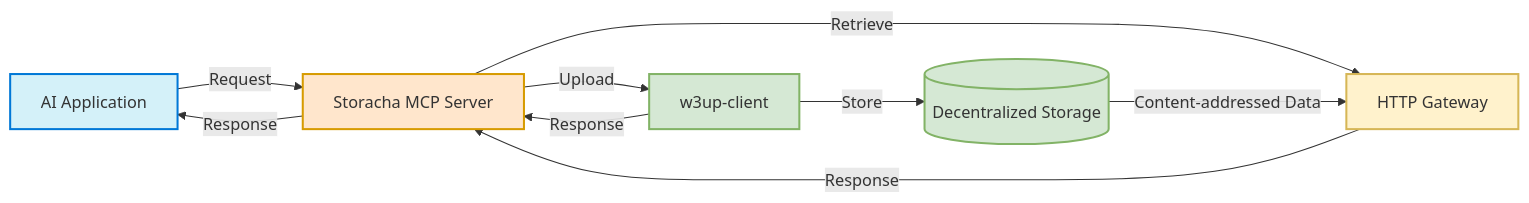
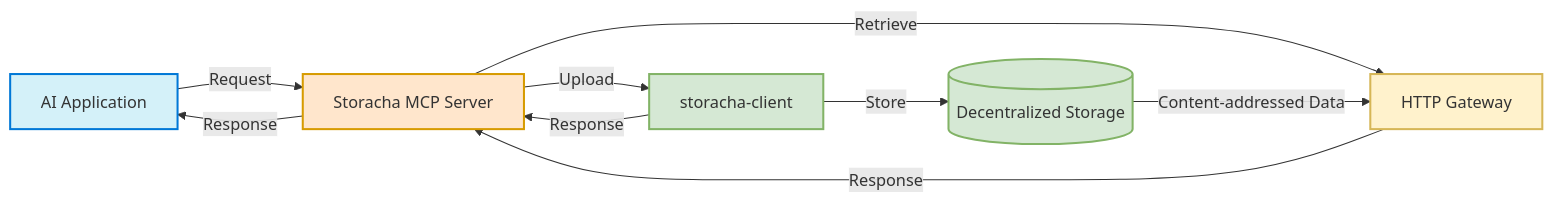
The diagram in docs/spec.md (wale-jojo/mcp-storage-server), drawn with Mermaid before and after one commit. The commit also changed other lines of this file and 20 other files, not shown here.

Commit message:
feat: storacha/client + agent tracking + log cleanup (#12)

````diff
--- a/docs/spec.md
+++ b/docs/spec.md
@@ -19,21 +19,21 @@
 ```mermaid
 flowchart LR
     A[AI Application] -->|Request| B[Storacha MCP Server]
-    B -->|Upload| C[w3up-client]
+    B -->|Upload| C[storacha-client]
     B -->|Retrieve| E[HTTP Gateway]
     C -->|Store| D[(Decentralized Storage)]
     D -->|Content-addressed Data| E
     C -->|Response| B
     E -->|Response| B
     B -->|Response| A
-    
+
     classDef client fill:#d4f1f9,stroke:#0078d7,stroke-width:2px
     classDef server fill:#ffe6cc,stroke:#d79b00,stroke-width:2px
     classDef storage fill:#d5e8d4,stroke:#82b366,stroke-width:2px
     classDef gateway fill:#fff2cc,stroke:#d6b656,stroke-width:2px
-    
+
     class A client
     class B server
     class C,D storage
     class E gateway
 ```
````
